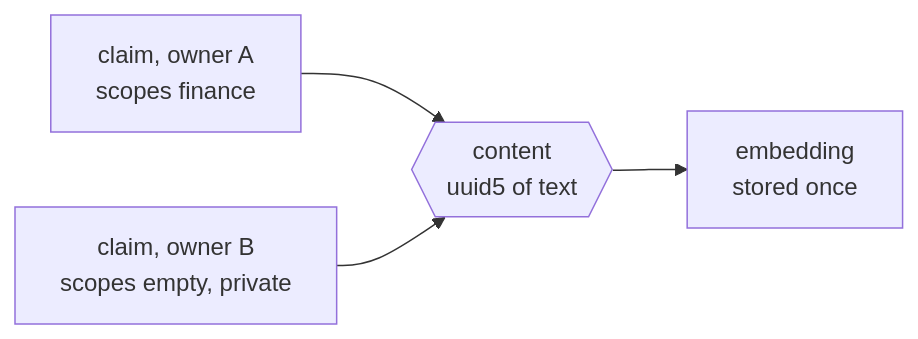
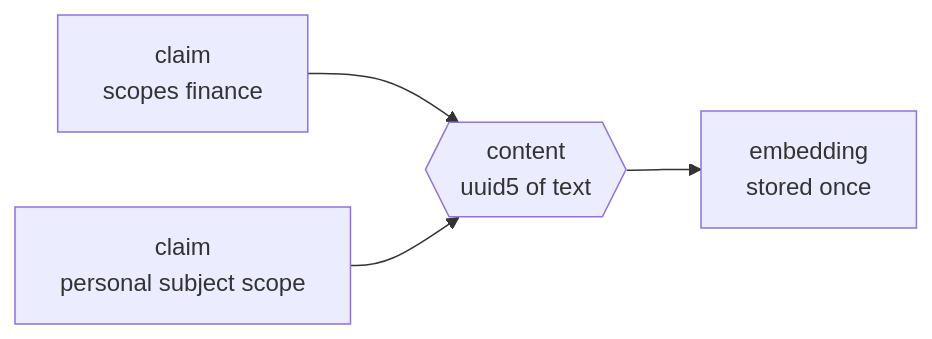
Before and after one commit to phvv-me/aizk: the first of 2 diagrams in docs/engine/store.md, drawn with Mermaid. The commit also changed other lines of this file and 292 other files, not shown here.

Commit message:
refactor: simplify memory architecture and retrieval

````diff
--- a/docs/engine/store.md
+++ b/docs/engine/store.md
@@ -13,6 +19,6 @@
 ```mermaid
 flowchart LR
-    A[claim, owner A<br/>scopes finance] --> C{{content<br/>uuid5 of text}}
-    B[claim, owner B<br/>scopes empty, private] --> C
+    A[claim<br/>scopes finance] --> C{{content<br/>uuid5 of text}}
+    B[claim<br/>personal subject scope] --> C
     C --> E[embedding<br/>stored once]
 ```
````
